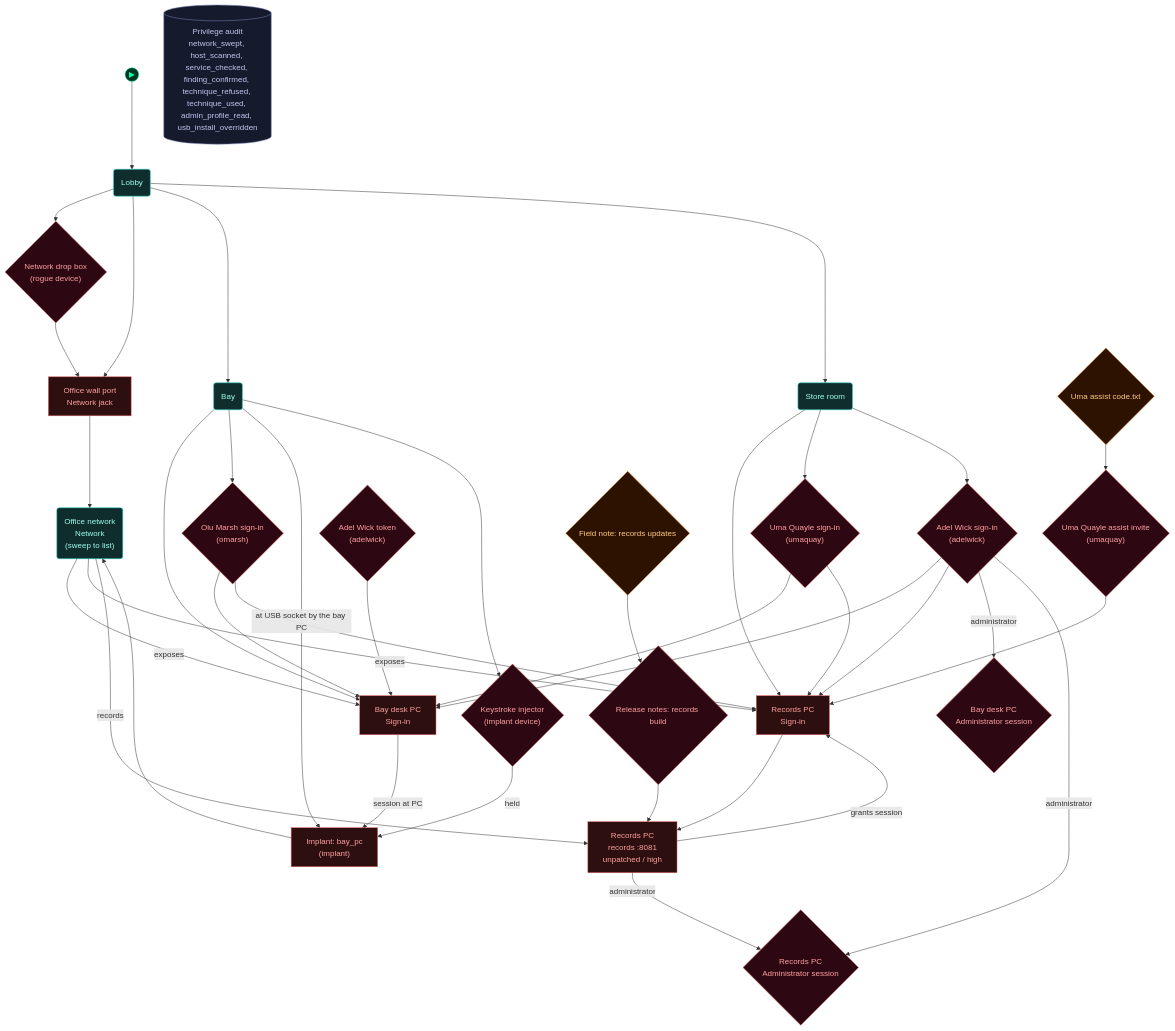
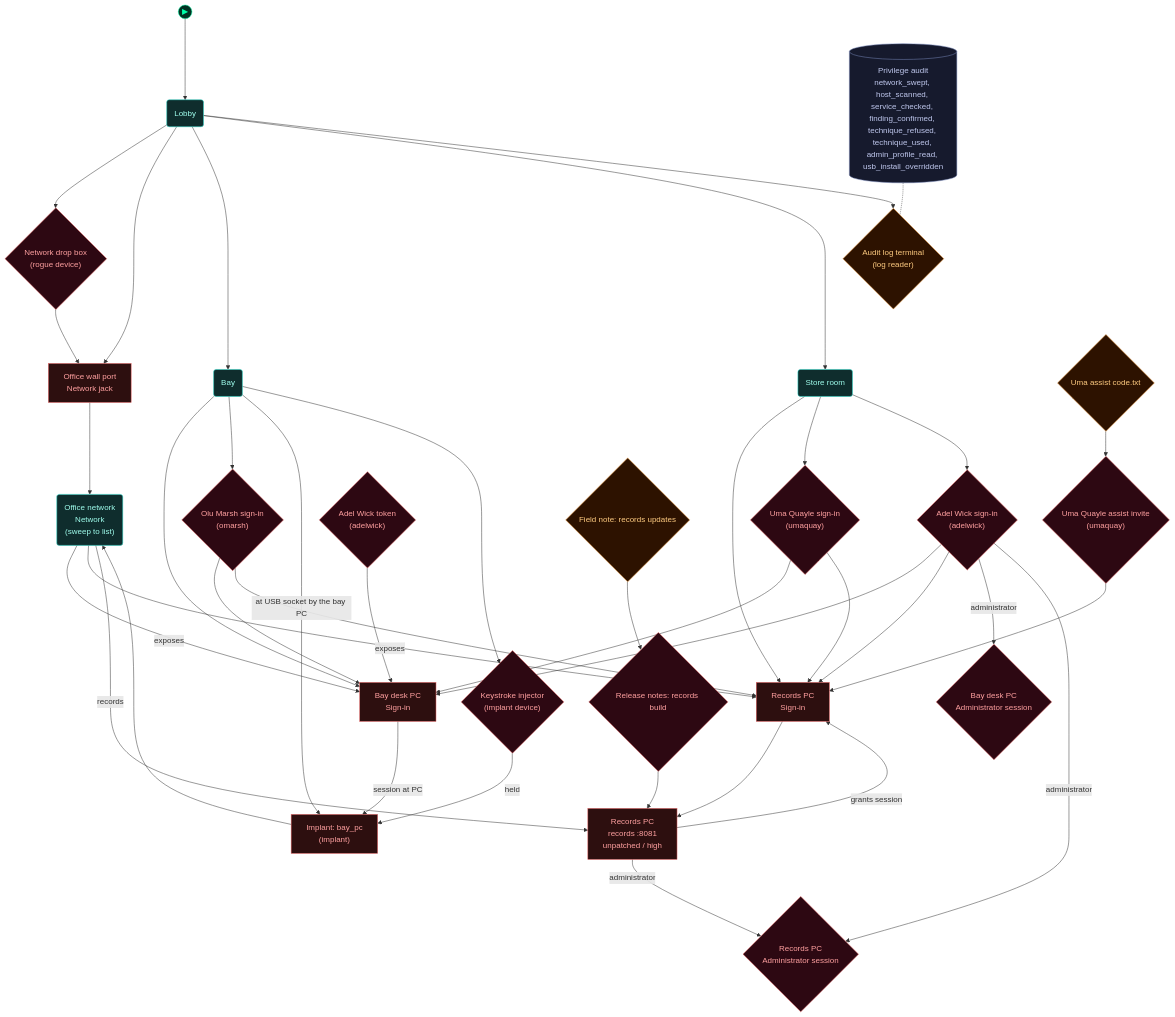
Before and after one commit to cliffe/BreakEscape: the first of 5 diagrams in scenarios/test_ops_privilege/dungeon_graph.md, drawn with Mermaid. The commit also changed other lines of this file and 6 other files, not shown here.

Commit message:
Ops S5a fix: test_ops_privilege card key renamed, audit log reader added with a playtest beat, scanner run uses the shipped scenario

````diff
--- a/scenarios/test_ops_privilege/dungeon_graph.md
+++ b/scenarios/test_ops_privilege/dungeon_graph.md
@@ -90,10 +91,11 @@
   implant_bay_pc["Implant: bay_pc<br/>(implant)"]
   device_kit_badusb{"Keystroke injector<br/>(implant device)"}
   log_priv_audit[("Privilege audit<br/>network_swept, host_scanned, service_checked, finding_confirmed, technique_refused, technique_used, admin_profile_read, usb_install_overridden")]
+  reader_audit_log_pc{"Audit log terminal<br/>(log reader)"}
   cred_adel_token{"Adel Wick token<br/>(adelwick)"}
   cred_uma_assist{"Uma Quayle assist invite<br/>(umaquay)"}
   cred_src_assist_code{"Uma assist code.txt"}
-  tech_stale_build_notes{"Release notes: records build"}
+  tech_field_release_notes{"Release notes: records build"}
   cred_src_card_stale{"Field note: records updates"}
   admin_at_bay_pc{"Bay desk PC<br/>Administrator session"}
   admin_at_store_pc{"Records PC<br/>Administrator session"}
@@ -123,11 +125,13 @@
   implant_bay_pc --> net_office_lan
   lobby --> bay
   lobby --> store
+  lobby --> reader_audit_log_pc
+  log_priv_audit -.- reader_audit_log_pc
   cred_adel_token --> lock_bay_pc
   cred_src_assist_code --> cred_uma_assist
   cred_uma_assist --> lock_store_pc
-  cred_src_card_stale --> tech_stale_build_notes
-  tech_stale_build_notes --> weak_store_pc_records_stale_build
+  cred_src_card_stale --> tech_field_release_notes
+  tech_field_release_notes --> weak_store_pc_records_stale_build
   weak_store_pc_records_stale_build -->|grants session| lock_store_pc
   signin_adel -->|administrator| admin_at_bay_pc
   signin_adel -->|administrator| admin_at_store_pc
@@ -135,9 +139,9 @@
   lock_store_pc --> weak_store_pc_records_stale_build
 
   class lock_bay_pc,lock_store_pc,jack_office_port,weak_store_pc_records_stale_build,implant_bay_pc lock
-  class signin_olu,signin_uma,signin_adel,device_kit_dropbox,device_kit_badusb,cred_adel_token,cred_uma_assist,tech_stale_build_notes,admin_at_bay_pc,admin_at_store_pc key
+  class signin_olu,signin_uma,signin_adel,device_kit_dropbox,device_kit_badusb,cred_adel_token,cred_uma_assist,tech_field_release_notes,admin_at_bay_pc,admin_at_store_pc key
   class bay,store,lobby,net_office_lan room
   class log_priv_audit note
-  class cred_src_assist_code,cred_src_card_stale item
+  class reader_audit_log_pc,cred_src_assist_code,cred_src_card_stale item
   class node_start start
 ```
````
